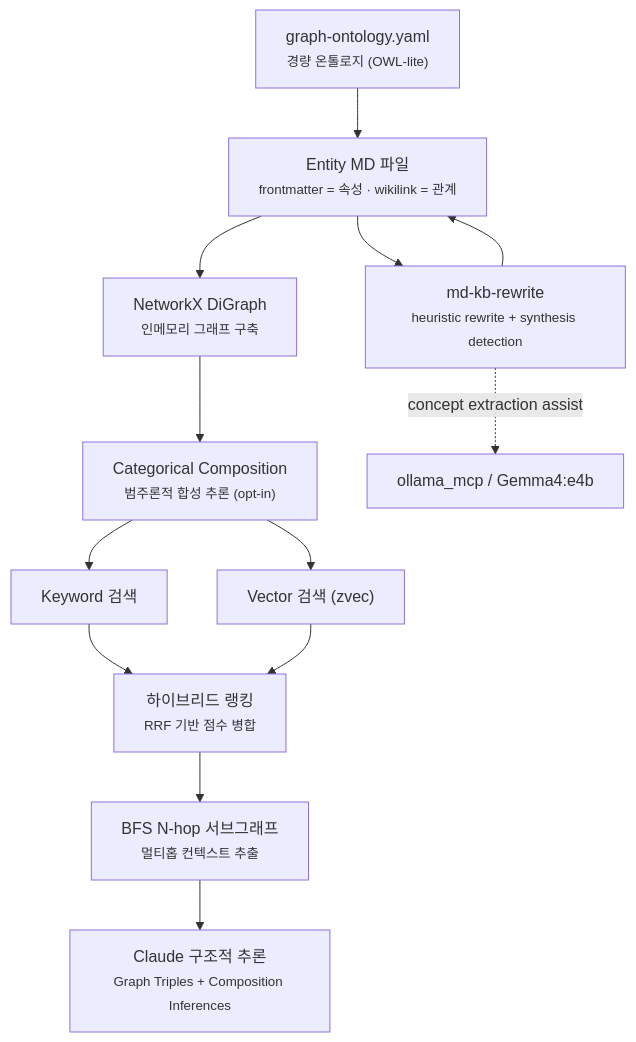
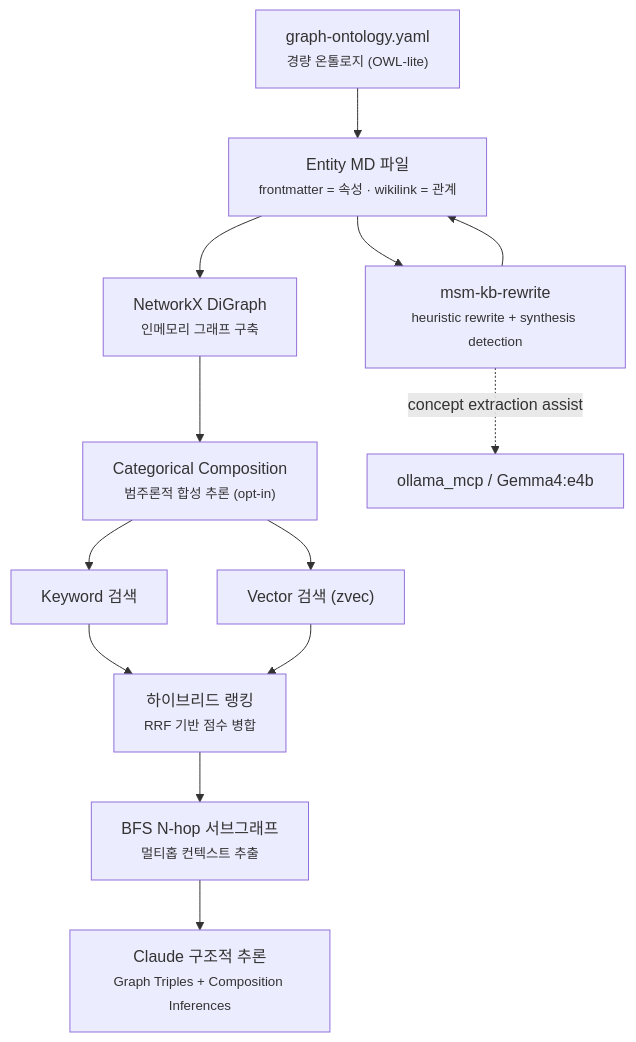
One commit to WMJOON/markdown-scaffolding-multihop changed the first of 2 diagrams in README.md. Above: the diagram before and after it, drawn with Mermaid. The commit also changed other lines of this file and 356 other files, not shown here.

````diff
--- a/README.md
+++ b/README.md
@@ -43,15 +43,15 @@
 ```mermaid
 flowchart TD
     A["graph-ontology.yaml<br/><small>경량 온톨로지 (OWL-lite)</small>"] --> B["Entity MD 파일<br/><small>frontmatter = 속성 · wikilink = 관계</small>"]
     B --> C["NetworkX DiGraph<br/><small>인메모리 그래프 구축</small>"]
     C --> C2["Categorical Composition<br/><small>범주론적 합성 추론 (opt-in)</small>"]
     C2 --> D["Keyword 검색"]
     C2 --> E["Vector 검색 (zvec)"]
     D --> F["하이브리드 랭킹<br/><small>RRF 기반 점수 병합</small>"]
     E --> F
     F --> G["BFS N-hop 서브그래프<br/><small>멀티홉 컨텍스트 추출</small>"]
     G --> H["Claude 구조적 추론<br/><small>Graph Triples + Composition Inferences</small>"]
-    B --> I["md-kb-rewrite<br/><small>heuristic rewrite + synthesis detection</small>"]
+    B --> I["msm-kb-rewrite<br/><small>heuristic rewrite + synthesis detection</small>"]
     I --> B
     I -. "concept extraction assist" .-> J["ollama_mcp / Gemma4:e4b"]
 ```
````
